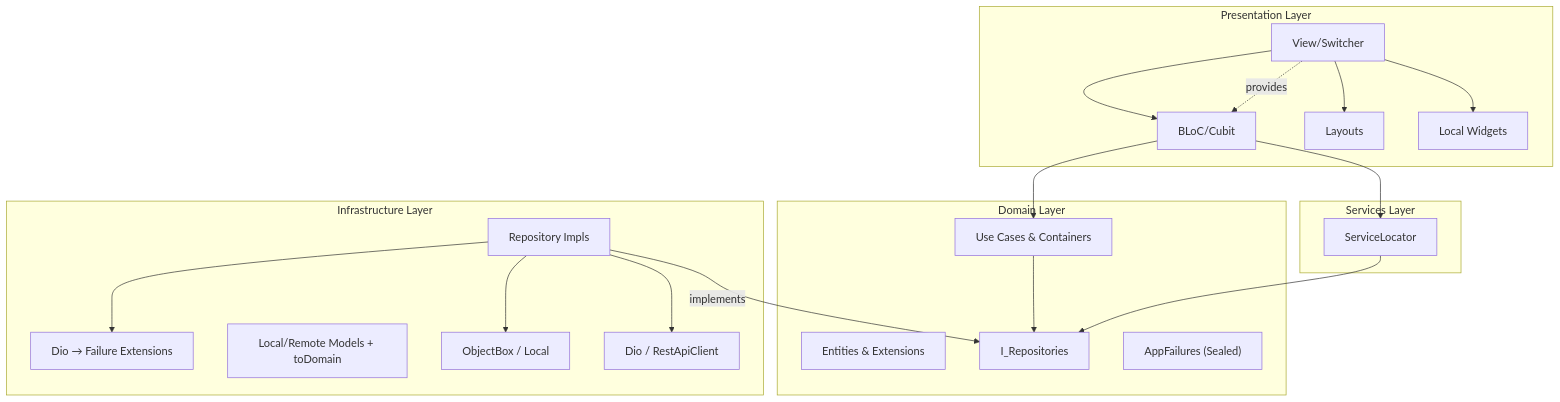
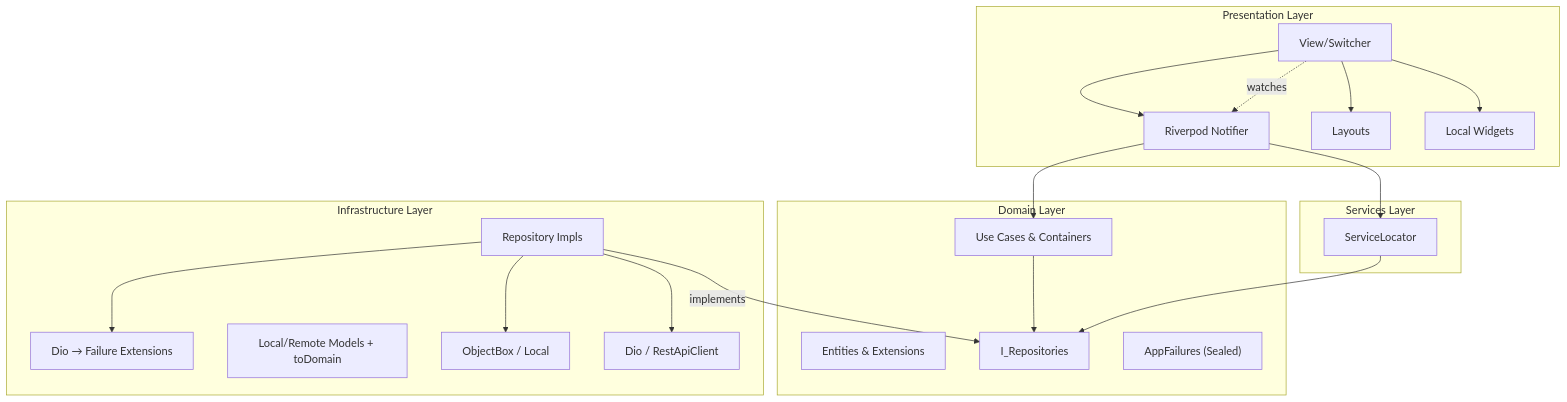
Before and after one commit to Dhallz/dab: the diagram in doc/app.md, drawn with Mermaid. The commit also changed other lines of this file and 153 other files, not shown here.

````diff
--- a/doc/app.md
+++ b/doc/app.md
@@ -10,33 +10,33 @@
 ```mermaid
 graph TD
     subgraph "Presentation Layer"
-        view["View/Switcher"] --> bloc["BLoC/Cubit"]
+        view["View/Switcher"] --> notifier["Riverpod Notifier"]
         view --> layout["Layouts"]
         view --> local_w["Local Widgets"]
     end
     subgraph "Services Layer"
         serv["ServiceLocator"]
     end
     subgraph "Domain Layer"
         ent["Entities & Extensions"]
         uc["Use Cases & Containers"]
         repo_int["I_Repositories"]
         fail["AppFailures (Sealed)"]
     end
     subgraph "Infrastructure Layer"
         repo_impl["Repository Impls"]
         mapper["Dio → Failure Extensions"]
         model["Local/Remote Models + toDomain"]
         ob["ObjectBox / Local"]
         api["Dio / RestApiClient"]
     end
-    bloc --> uc
+    notifier --> uc
     uc --> repo_int
-    bloc --> serv
+    notifier --> serv
     serv --> repo_int
     repo_impl -->|implements| repo_int
     repo_impl --> mapper
     repo_impl --> ob
     repo_impl --> api
-    view -. provides .-> bloc
+    view -. watches .-> notifier
 ```
````
